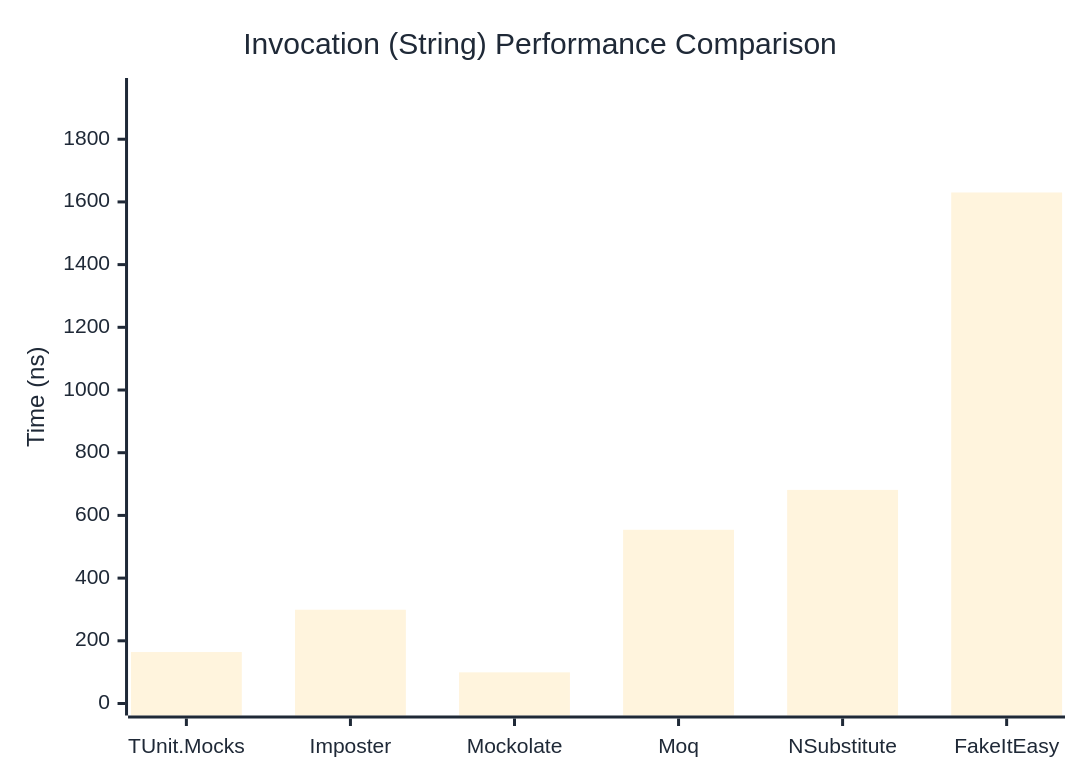
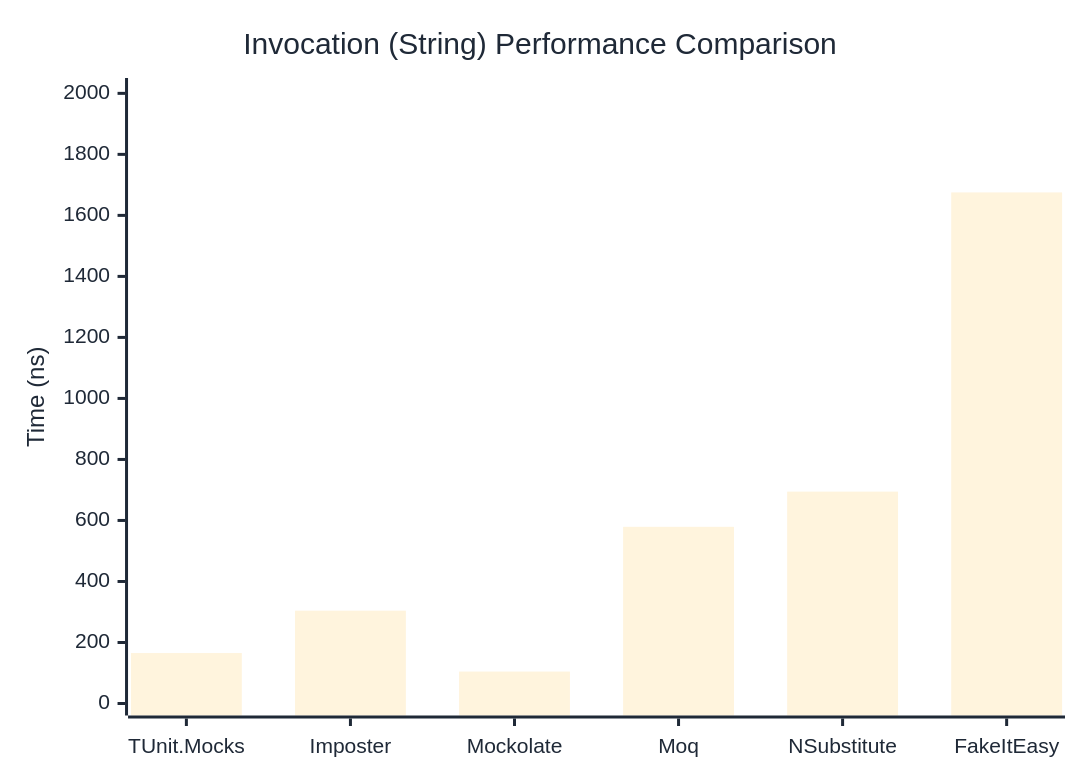
The second of 3 diagrams in docs/docs/benchmarks/mocks/Invocation.md (thomhurst/TUnit), drawn with Mermaid before and after one commit. The commit also changed other lines of this file and 14 other files, not shown here.

````diff
--- a/docs/docs/benchmarks/mocks/Invocation.md
+++ b/docs/docs/benchmarks/mocks/Invocation.md
@@ -71,27 +71,27 @@
 ```mermaid
 %%{init: {
   'theme':'base',
   'themeVariables': {
     'primaryColor': '#2563eb',
     'primaryTextColor': '#1f2937',
     'primaryBorderColor': '#1e40af',
     'lineColor': '#6b7280',
     'secondaryColor': '#7c3aed',
     'tertiaryColor': '#dc2626',
     'background': '#ffffff',
     'pie1': '#2563eb',
     'pie2': '#7c3aed',
     'pie3': '#dc2626',
     'pie4': '#f59e0b',
     'pie5': '#10b981',
     'pie6': '#06b6d4',
     'pie7': '#ec4899',
     'pie8': '#6366f1'
   }
 }}%%
 xychart-beta
   title "Invocation (String) Performance Comparison"
   x-axis ["TUnit.Mocks", "Imposter", "Mockolate", "Moq", "NSubstitute", "FakeItEasy"]
-  y-axis "Time (ns)" 0 --> 1957
-  bar [164.17, 299.06, 99.39, 554.12, 681.35, 1630.14]
+  y-axis "Time (ns)" 0 --> 2011
+  bar [165.4, 304.3, 104.7, 579.1, 694.5, 1675.3]
 ```
````
